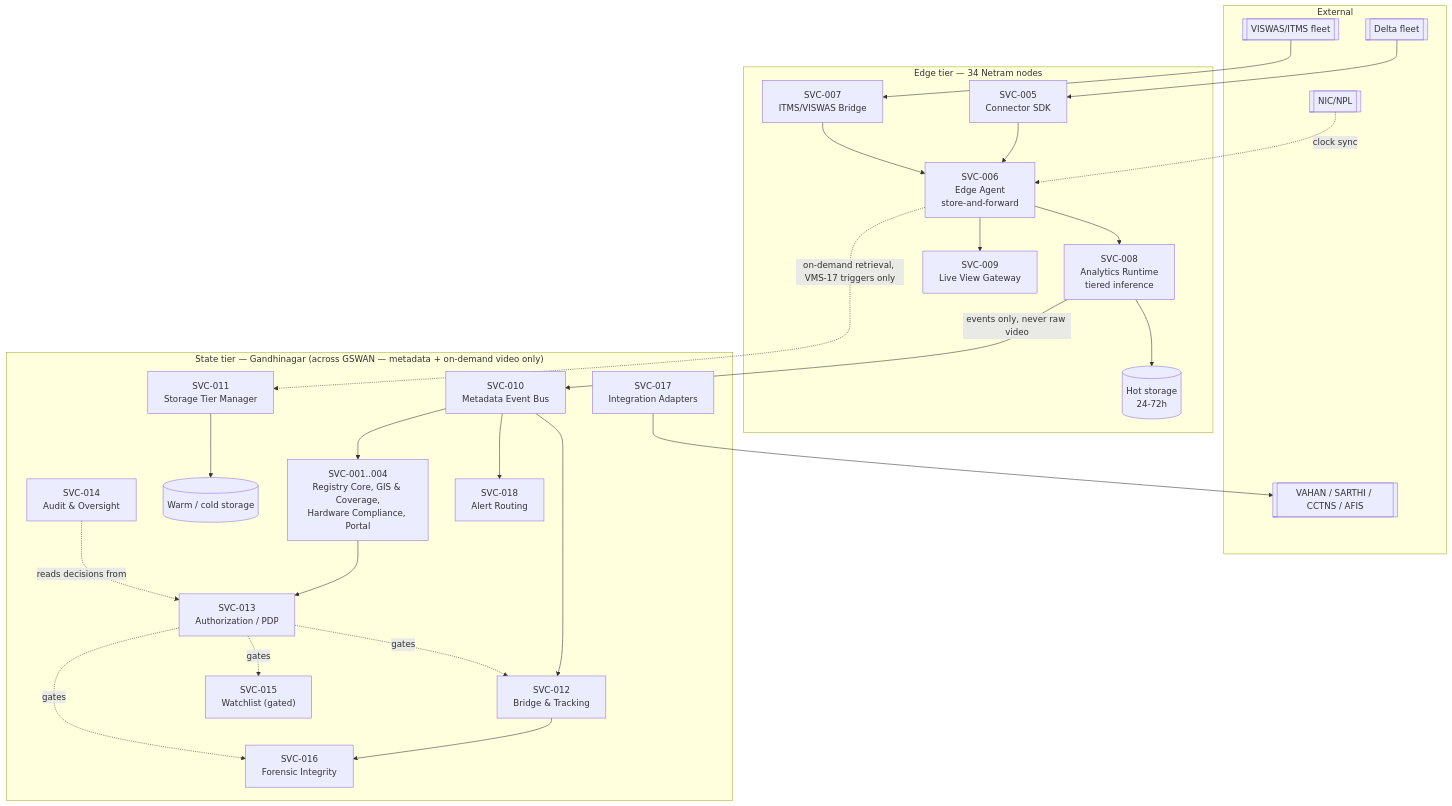
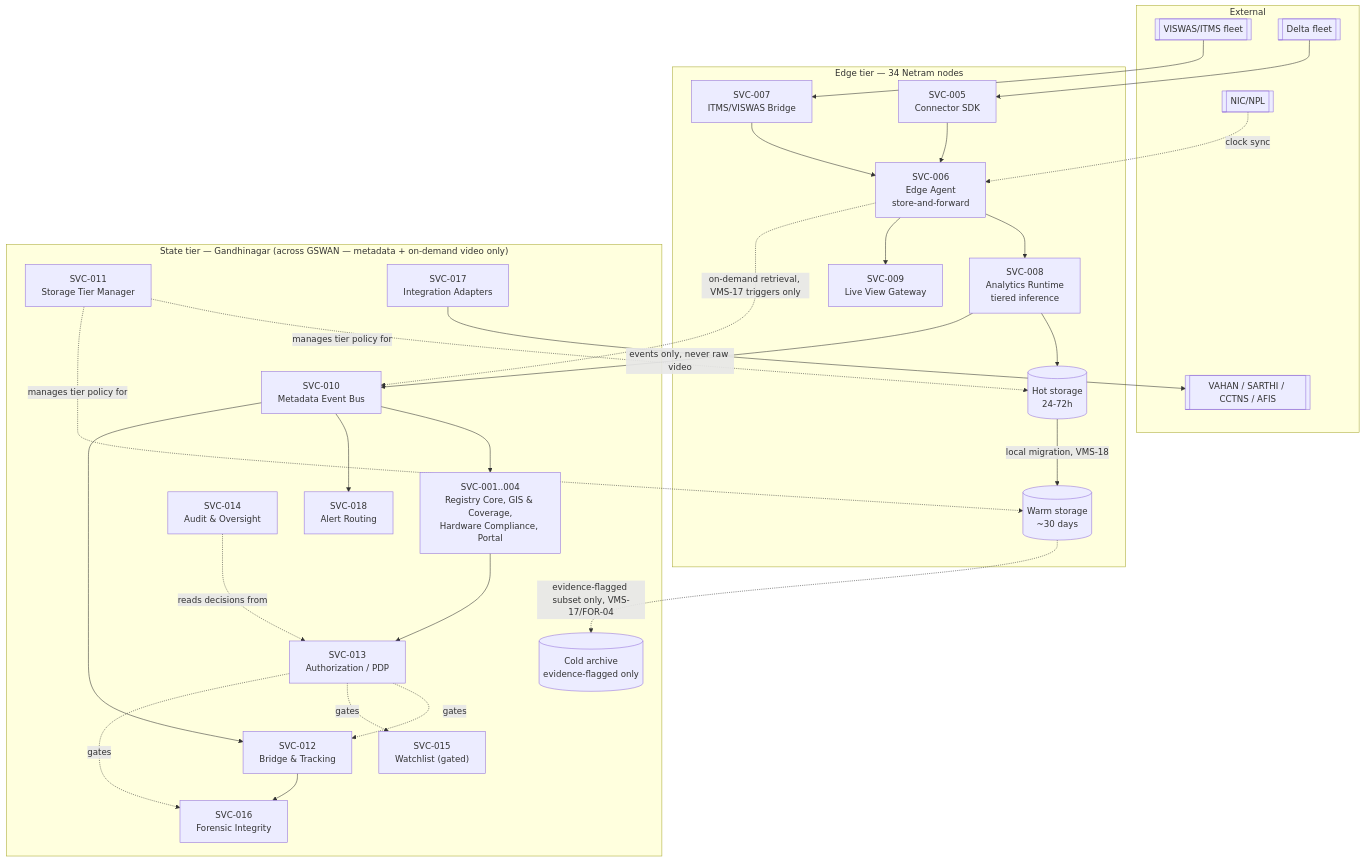
The second of 7 diagrams in docs/architecture/HLD.md (Mohit2703/netra-setu), drawn with Mermaid before and after one commit. The commit also changed other lines of this file and 10 other files, not shown here.

````diff
--- a/docs/architecture/HLD.md
+++ b/docs/architecture/HLD.md
@@ -113,51 +116,55 @@
 ```mermaid
 flowchart TB
     subgraph EXTSYS["External"]
         VISWASX[["VISWAS/ITMS fleet"]]
         DELTAX[["Delta fleet"]]
         INTEGX[["VAHAN / SARTHI / CCTNS / AFIS"]]
         NTPX[["NIC/NPL"]]
     end
 
     subgraph EDGE["Edge tier — 34 Netram nodes"]
         CONN["SVC-005<br/>Connector SDK"]
         BRIDGE["SVC-007<br/>ITMS/VISWAS Bridge"]
         AGENT["SVC-006<br/>Edge Agent<br/>store-and-forward"]
         AN["SVC-008<br/>Analytics Runtime<br/>tiered inference"]
         LVG["SVC-009<br/>Live View Gateway"]
         HOTS[("Hot storage<br/>24-72h")]
+        WARMS[("Warm storage<br/>~30 days")]
     end
 
     subgraph STATE["State tier — Gandhinagar (across GSWAN — metadata + on-demand video only)"]
         BUS["SVC-010<br/>Metadata Event Bus"]
         REGC["SVC-001..004<br/>Registry Core, GIS &amp; Coverage,<br/>Hardware Compliance, Portal"]
         STM["SVC-011<br/>Storage Tier Manager"]
-        WARMS[("Warm / cold storage")]
+        COLDS[("Cold archive<br/>evidence-flagged only")]
         BTS["SVC-012<br/>Bridge &amp; Tracking"]
         AUTHZ["SVC-013<br/>Authorization / PDP"]
         AUDIT["SVC-014<br/>Audit &amp; Oversight"]
         WL["SVC-015<br/>Watchlist (gated)"]
         FOR["SVC-016<br/>Forensic Integrity"]
         INTEG["SVC-017<br/>Integration Adapters"]
         ALERT["SVC-018<br/>Alert Routing"]
     end
 
     DELTAX --> CONN --> AGENT
     VISWASX --> BRIDGE --> AGENT
     AGENT --> AN --> HOTS
+    HOTS -->|local migration, VMS-18| WARMS
     AN -->|events only, never raw video| BUS
     AGENT --> LVG
     NTPX -.->|clock sync| AGENT
 
     BUS --> REGC
     BUS --> ALERT
     BUS --> BTS --> FOR
-    AGENT -.->|on-demand retrieval, VMS-17 triggers only| STM
-    STM --> WARMS
+    STM -.->|manages tier policy for| HOTS
+    STM -.->|manages tier policy for| WARMS
+    WARMS -.->|evidence-flagged subset only, VMS-17/FOR-04| COLDS
+    AGENT -.->|on-demand retrieval, VMS-17 triggers only| BUS
     REGC --> AUTHZ
     AUTHZ -.->|gates| BTS
     AUTHZ -.->|gates| WL
     AUTHZ -.->|gates| FOR
     AUDIT -.->|reads decisions from| AUTHZ
     INTEG --> INTEGX
 ```
````
